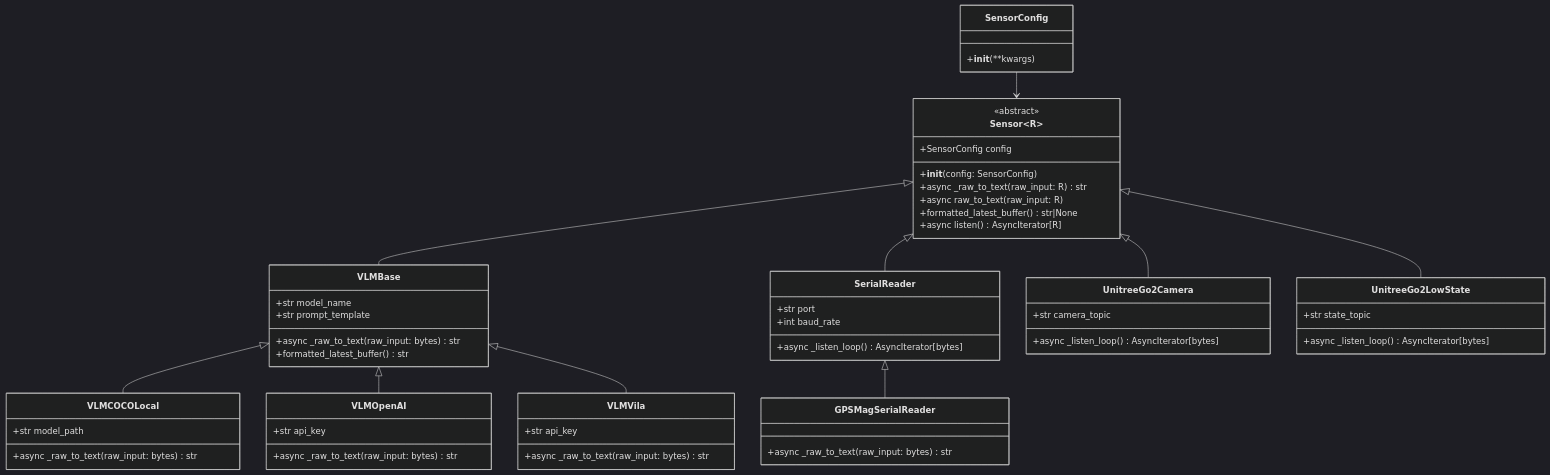
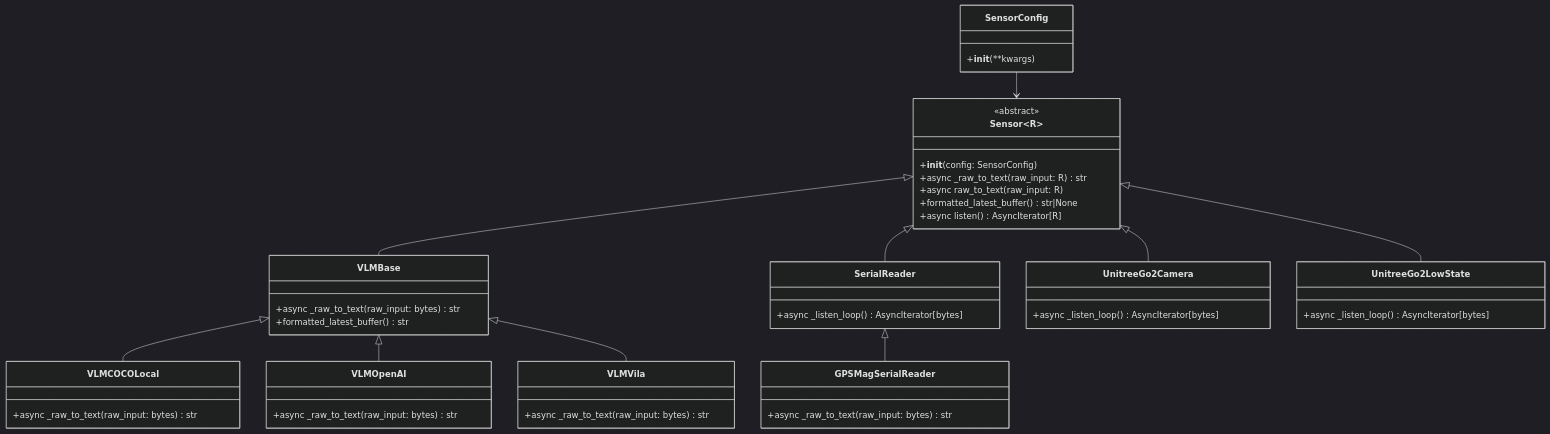
Before and after one commit to gizdusum/OM1: the first of 2 diagrams in docs/input-plugin/input-plugin-overview.mdx, drawn with Mermaid (dark theme). The commit also changed other lines of this file and 8 other files, not shown here.

Commit message:
remove types and attributes but keep methods for class diagram

````diff
--- a/docs/input-plugin/input-plugin-overview.mdx
+++ b/docs/input-plugin/input-plugin-overview.mdx
@@ -16,68 +18,58 @@
 ```mermaid
 classDiagram
     class SensorConfig {
         +__init__(**kwargs)
     }
 
     class Sensor~R~ {
         <<abstract>>
-        +SensorConfig config
         +__init__(config: SensorConfig)
         +async _raw_to_text(raw_input: R) str
         +async raw_to_text(raw_input: R)
         +formatted_latest_buffer() str|None
         +async listen() AsyncIterator[R]
     }
 
     class VLMBase {
-        +str model_name
-        +str prompt_template
         +async _raw_to_text(raw_input: bytes) str
         +formatted_latest_buffer() str
     }
 
     class SerialReader {
-        +str port
-        +int baud_rate
         +async _listen_loop() AsyncIterator[bytes]
     }
 
     class GPSMagSerialReader {
         +async _raw_to_text(raw_input: bytes) str
     }
 
     class VLMCOCOLocal {
-        +str model_path
         +async _raw_to_text(raw_input: bytes) str
     }
 
     class VLMOpenAI {
-        +str api_key
         +async _raw_to_text(raw_input: bytes) str
     }
 
     class VLMVila {
-        +str api_key
         +async _raw_to_text(raw_input: bytes) str
     }
 
     class UnitreeGo2Camera {
-        +str camera_topic
         +async _listen_loop() AsyncIterator[bytes]
     }
 
     class UnitreeGo2LowState {
-        +str state_topic
         +async _listen_loop() AsyncIterator[bytes]
     }
 
     SensorConfig --> Sensor
     Sensor <|-- VLMBase
     Sensor <|-- SerialReader
     SerialReader <|-- GPSMagSerialReader
     VLMBase <|-- VLMCOCOLocal
     VLMBase <|-- VLMOpenAI
     VLMBase <|-- VLMVila
     Sensor <|-- UnitreeGo2Camera
     Sensor <|-- UnitreeGo2LowState
 ```
````
